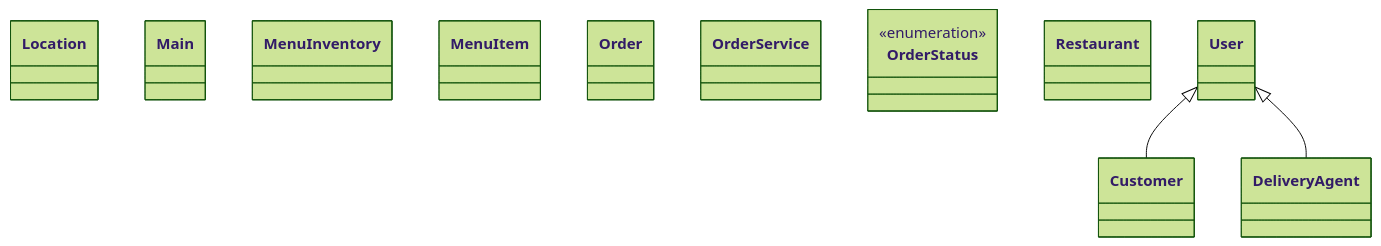
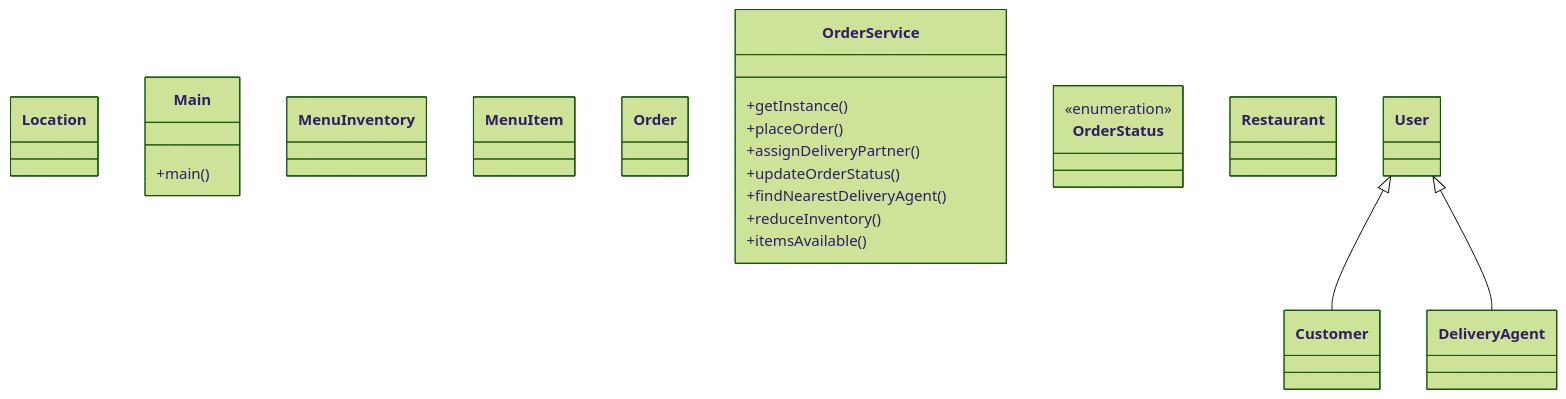
The diagram in questions/low_level_design/06_restaurant_order_rating_system_lld.md (amanjaiswal30/dsa-solutions), drawn with Mermaid (forest theme) before and after one commit. The commit also changed other lines of this file and 210 other files, not shown here.

````diff
--- a/questions/low_level_design/06_restaurant_order_rating_system_lld.md
+++ b/questions/low_level_design/06_restaurant_order_rating_system_lld.md
@@ -54,18 +54,28 @@
 ```mermaid
 classDiagram
     class Customer
     class DeliveryAgent
     class Location
-    class Main
+    class Main {
+        +main()
+    }
     class MenuInventory
     class MenuItem
     class Order
-    class OrderService
+    class OrderService {
+        +getInstance()
+        +placeOrder()
+        +assignDeliveryPartner()
+        +updateOrderStatus()
+        +findNearestDeliveryAgent()
+        +reduceInventory()
+        +itemsAvailable()
+    }
     class OrderStatus {
         <<enumeration>>
     }
     class Restaurant
     class User
     User <|-- Customer
     User <|-- DeliveryAgent
 ```
````
